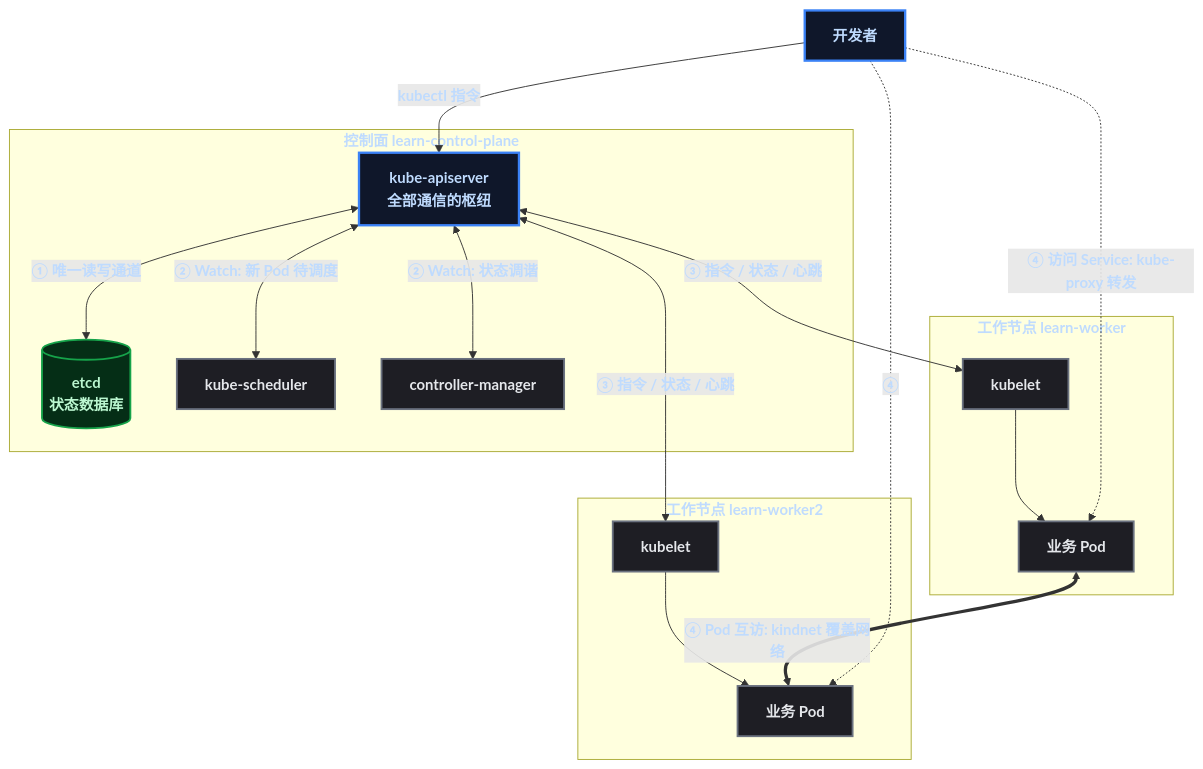
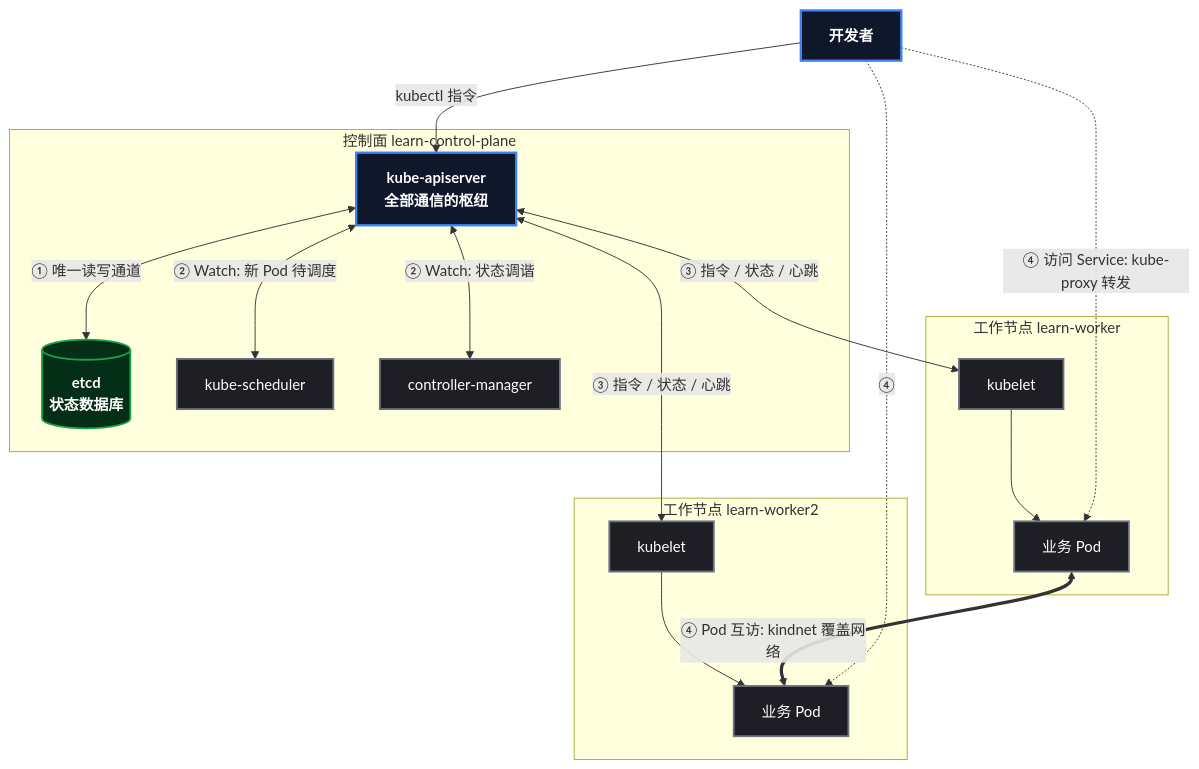
One commit to yaocat55/yaocat55.github.io changed the second of 6 diagrams in content/posts/kubernetes/KindLocalK8sClusterSetup.md. Above: the diagram before and after it, drawn with Mermaid. The commit also changed other lines of this file and 27 other files, not shown here.

Commit message:
docs: 全系列 93 张 Mermaid 图 classDef 改为 style 强制深底白字(修复部分渲染器白底浅字)+历史文件格式清理

````diff
--- a/content/posts/kubernetes/KindLocalK8sClusterSetup.md
+++ b/content/posts/kubernetes/KindLocalK8sClusterSetup.md
@@ -69,34 +72,37 @@
 ```mermaid
 flowchart TB
     subgraph CP["控制面 learn-control-plane"]
         API["kube-apiserver\n全部通信的枢纽"]
         ETC[("etcd\n状态数据库")]
         SCH["kube-scheduler"]
         CM["controller-manager"]
     end
     subgraph N1["工作节点 learn-worker"]
         K1["kubelet"]
         P1["业务 Pod"]
     end
     subgraph N2["工作节点 learn-worker2"]
         K2["kubelet"]
         P2["业务 Pod"]
     end
     U["开发者"] -->|"kubectl 指令"| API
     API <-->|"① 唯一读写通道"| ETC
     API <-->|"② Watch: 新 Pod 待调度"| SCH
     API <-->|"② Watch: 状态调谐"| CM
     API <-->|"③ 指令 / 状态 / 心跳"| K1
     API <-->|"③ 指令 / 状态 / 心跳"| K2
     K1 --> P1
     K2 --> P2
     P1 <==>|"④ Pod 互访: kindnet 覆盖网络"| P2
     U -.->|"④ 访问 Service: kube-proxy 转发"| P1
     U -.->|"④"| P2
-    classDef root fill:#0f172a,stroke:#3b82f6,stroke-width:2.5px,color:#bfdbfe,font-weight:bold;
-    classDef data fill:#052e16,stroke:#16a34a,stroke-width:2px,color:#bbf7d0,font-weight:bold;
-    classDef process fill:#1e1e24,stroke:#6b7280,stroke-width:2px,color:#e5e7eb;
-    class U,API root;
-    class ETC data;
-    class SCH,CM,K1,K2,P1,P2 process;
+    style U fill:#0f172a,stroke:#3b82f6,stroke-width:2.5px,color:#ffffff,font-weight:bold
+    style API fill:#0f172a,stroke:#3b82f6,stroke-width:2.5px,color:#ffffff,font-weight:bold
+    style ETC fill:#052e16,stroke:#16a34a,stroke-width:2px,color:#ffffff,font-weight:bold
+    style SCH fill:#1e1e24,stroke:#6b7280,stroke-width:2px,color:#ffffff
+    style CM fill:#1e1e24,stroke:#6b7280,stroke-width:2px,color:#ffffff
+    style K1 fill:#1e1e24,stroke:#6b7280,stroke-width:2px,color:#ffffff
+    style K2 fill:#1e1e24,stroke:#6b7280,stroke-width:2px,color:#ffffff
+    style P1 fill:#1e1e24,stroke:#6b7280,stroke-width:2px,color:#ffffff
+    style P2 fill:#1e1e24,stroke:#6b7280,stroke-width:2px,color:#ffffff
 ```
````
